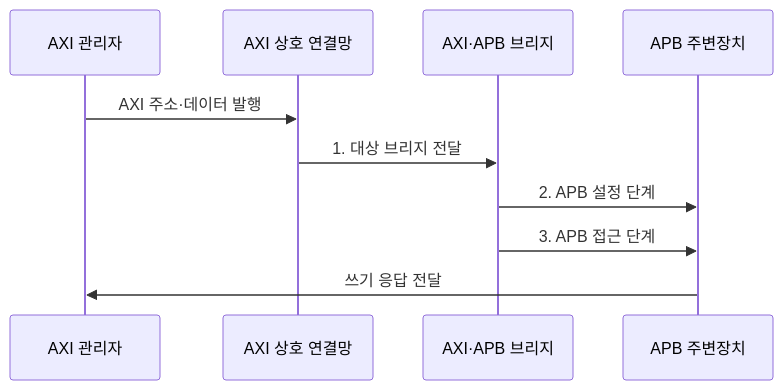
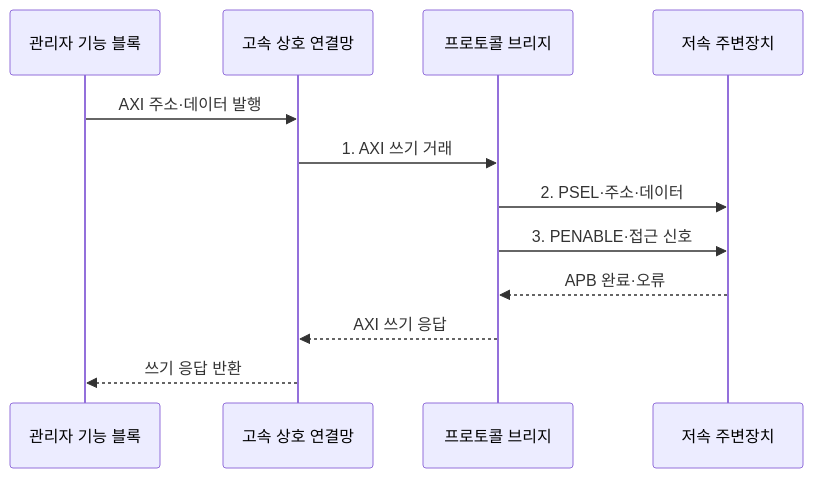
One commit to agnusdei1207/knowledge-base changed the second of 2 diagrams in src/content/docs/notes/02-hardware/078_amba_bus_protocol.md. Above: the diagram before and after it, drawn with Mermaid. The commit also changed other lines of this file and 20 other files, not shown here.

````diff
--- a/src/content/docs/notes/02-hardware/078_amba_bus_protocol.md
+++ b/src/content/docs/notes/02-hardware/078_amba_bus_protocol.md
@@ -91,13 +87,15 @@
 ```mermaid
 sequenceDiagram
-    participant M as AXI 관리자
-    participant I as AXI 상호 연결망
-    participant B as AXI·APB 브리지
-    participant P as APB 주변장치
+    participant M as 관리자 기능 블록
+    participant I as 고속 상호 연결망
+    participant B as 프로토콜 브리지
+    participant P as 저속 주변장치
 
     M->>I: AXI 주소·데이터 발행
-    I->>B: 1. 대상 브리지 전달
-    B->>P: 2. APB 설정 단계
-    B->>P: 3. APB 접근 단계
-    P->>M: 쓰기 응답 전달
+    I->>B: 1. AXI 쓰기 거래
+    B->>P: 2. PSEL·주소·데이터
+    B->>P: 3. PENABLE·접근 신호
+    P-->>B: APB 완료·오류
+    B-->>I: AXI 쓰기 응답
+    I-->>M: 쓰기 응답 반환
 ```
````
